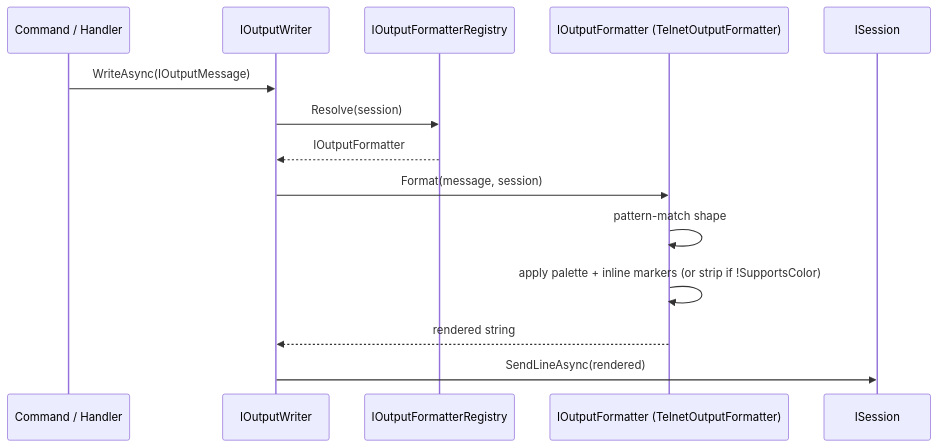
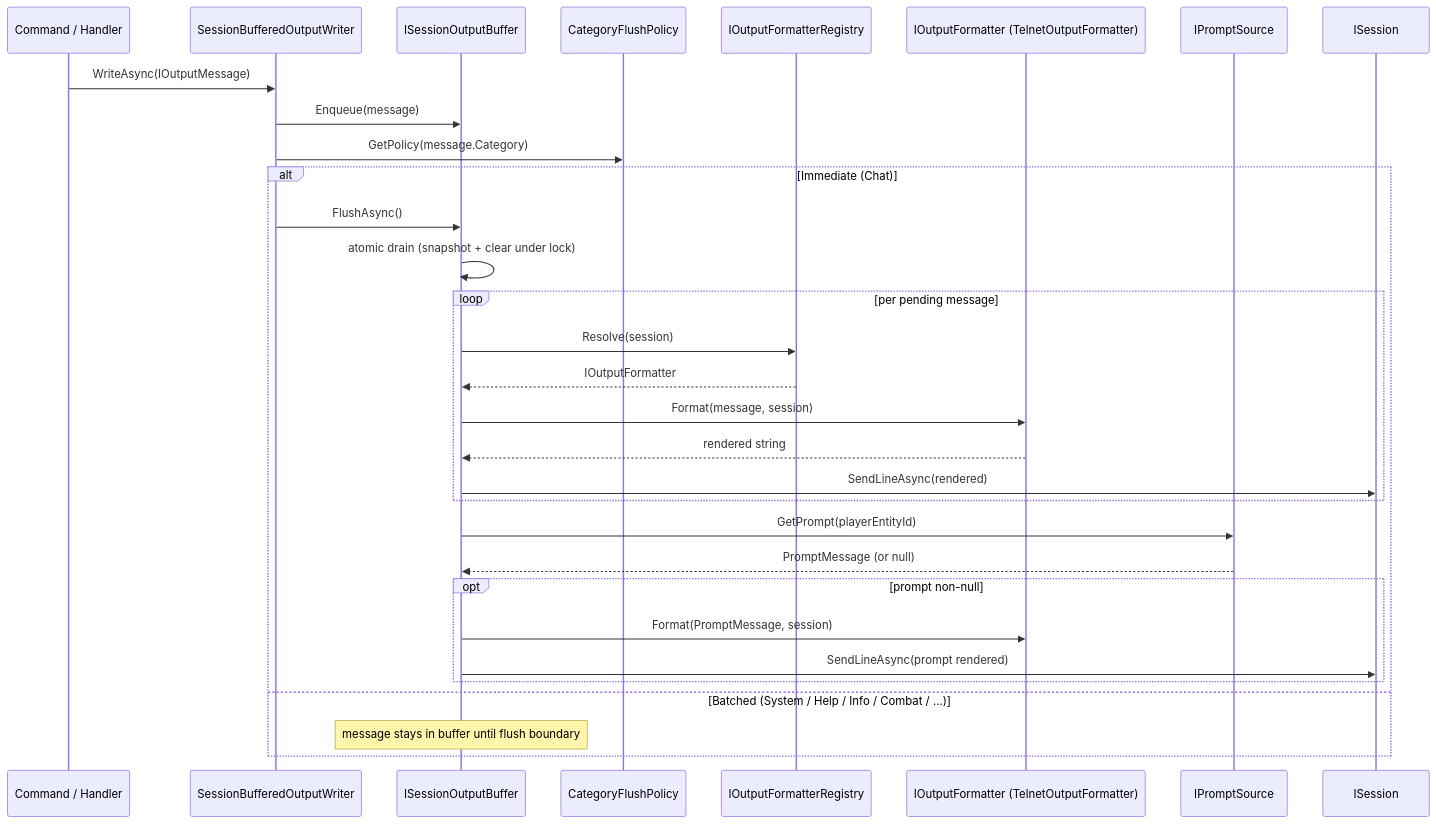
One commit to dmbyer/Hedron changed the diagram in docs/architecture/flows/flow-06-output-rendering.md. Above: the diagram before and after it, drawn with Mermaid. The commit also changed other lines of this file and 75 other files, not shown here.

First line of the commit message:
slice output-batching: player prompt + session-scoped output buffer (#110)

````diff
--- a/docs/architecture/flows/flow-06-output-rendering.md
+++ b/docs/architecture/flows/flow-06-output-rendering.md
@@ -9,17 +9,34 @@
 ```mermaid
 sequenceDiagram
     participant Caller as Command / Handler
-    participant OW as IOutputWriter
+    participant OW as SessionBufferedOutputWriter
+    participant Buf as ISessionOutputBuffer
+    participant Policy as CategoryFlushPolicy
     participant Reg as IOutputFormatterRegistry
     participant Fmt as IOutputFormatter (TelnetOutputFormatter)
+    participant PS as IPromptSource
     participant Sess as ISession
 
     Caller->>OW: WriteAsync(IOutputMessage)
-    OW->>Reg: Resolve(session)
-    Reg-->>OW: IOutputFormatter
-    OW->>Fmt: Format(message, session)
-    Fmt->>Fmt: pattern-match shape
-    Fmt->>Fmt: apply palette + inline markers (or strip if !SupportsColor)
-    Fmt-->>OW: rendered string
-    OW->>Sess: SendLineAsync(rendered)
+    OW->>Buf: Enqueue(message)
+    OW->>Policy: GetPolicy(message.Category)
+    alt Immediate (Chat)
+        OW->>Buf: FlushAsync()
+        Buf->>Buf: atomic drain (snapshot + clear under lock)
+        loop per pending message
+            Buf->>Reg: Resolve(session)
+            Reg-->>Buf: IOutputFormatter
+            Buf->>Fmt: Format(message, session)
+            Fmt-->>Buf: rendered string
+            Buf->>Sess: SendLineAsync(rendered)
+        end
+        Buf->>PS: GetPrompt(playerEntityId)
+        PS-->>Buf: PromptMessage (or null)
+        opt prompt non-null
+            Buf->>Fmt: Format(PromptMessage, session)
+            Buf->>Sess: SendLineAsync(prompt rendered)
+        end
+    else Batched (System / Help / Info / Combat / …)
+        Note over Buf: message stays in buffer until flush boundary
+    end
 ```
````
